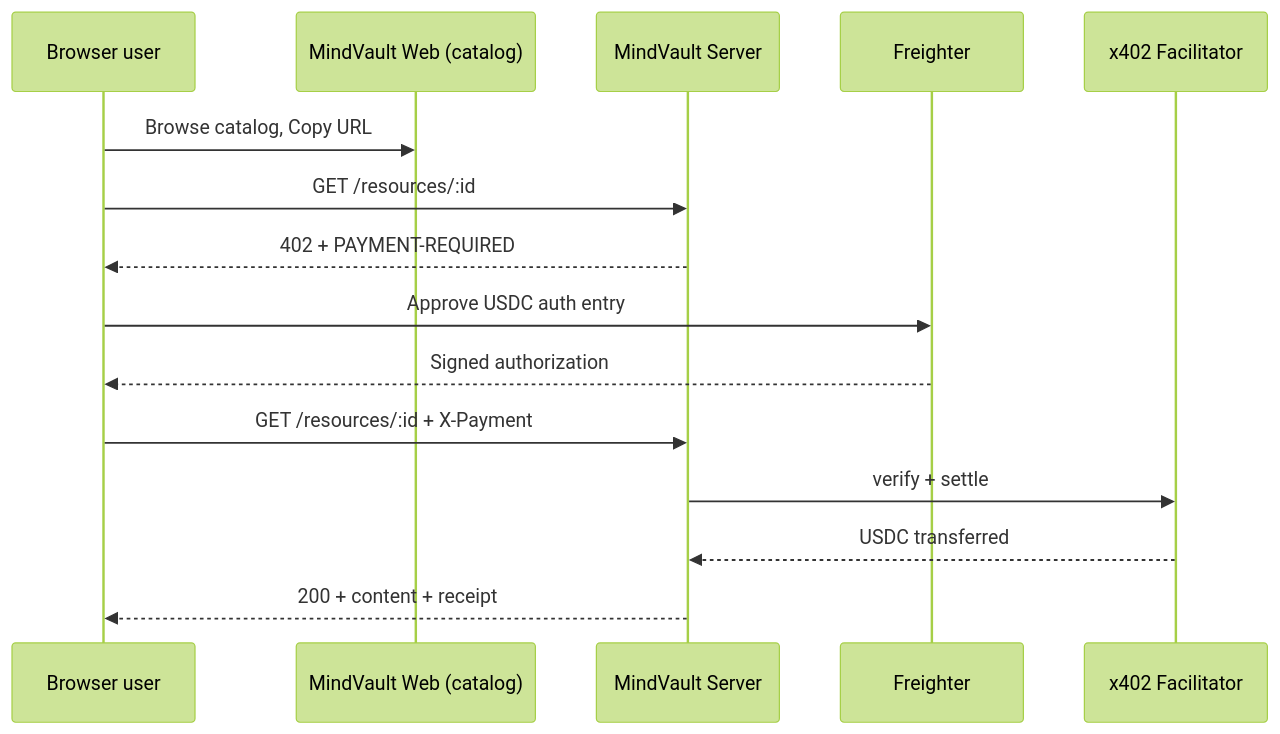
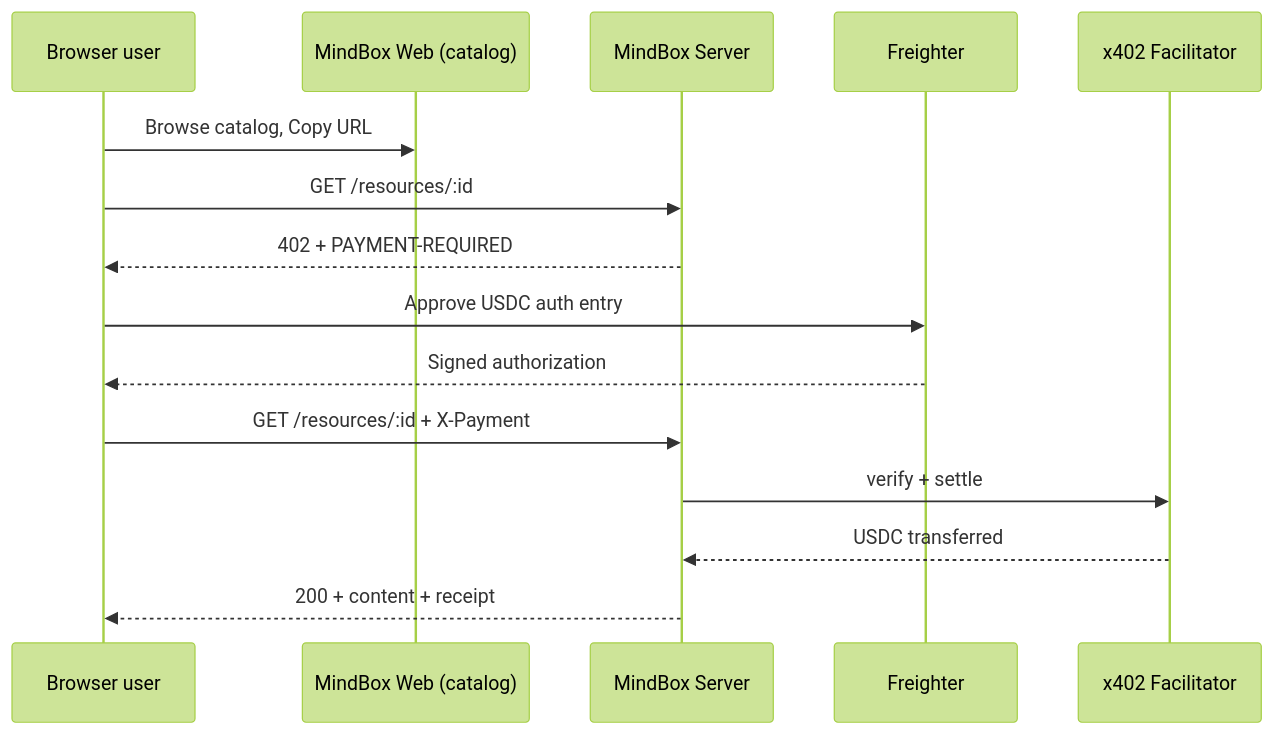
Before and after one commit to brite-side0/MIND-BOX: the diagram in docs/x402-browser-payment-walkthrough.md, drawn with Mermaid (forest theme). The commit also changed other lines of this file and 88 other files, not shown here.

First line of the commit message:
chore: rebrand fork to MIND-BOX and fix MCP build/tests

````diff
--- a/docs/x402-browser-payment-walkthrough.md
+++ b/docs/x402-browser-payment-walkthrough.md
@@ -156,18 +156,18 @@
 ```mermaid
 sequenceDiagram
     participant User as Browser user
-    participant Web as MindVault Web (catalog)
-    participant Server as MindVault Server
+    participant Web as MindBox Web (catalog)
+    participant Server as MindBox Server
     participant Wallet as Freighter
     participant Facilitator as x402 Facilitator
 
     User->>Web: Browse catalog, Copy URL
     User->>Server: GET /resources/:id
     Server-->>User: 402 + PAYMENT-REQUIRED
     User->>Wallet: Approve USDC auth entry
     Wallet-->>User: Signed authorization
     User->>Server: GET /resources/:id + X-Payment
     Server->>Facilitator: verify + settle
     Facilitator-->>Server: USDC transferred
     Server-->>User: 200 + content + receipt
 ```
````
